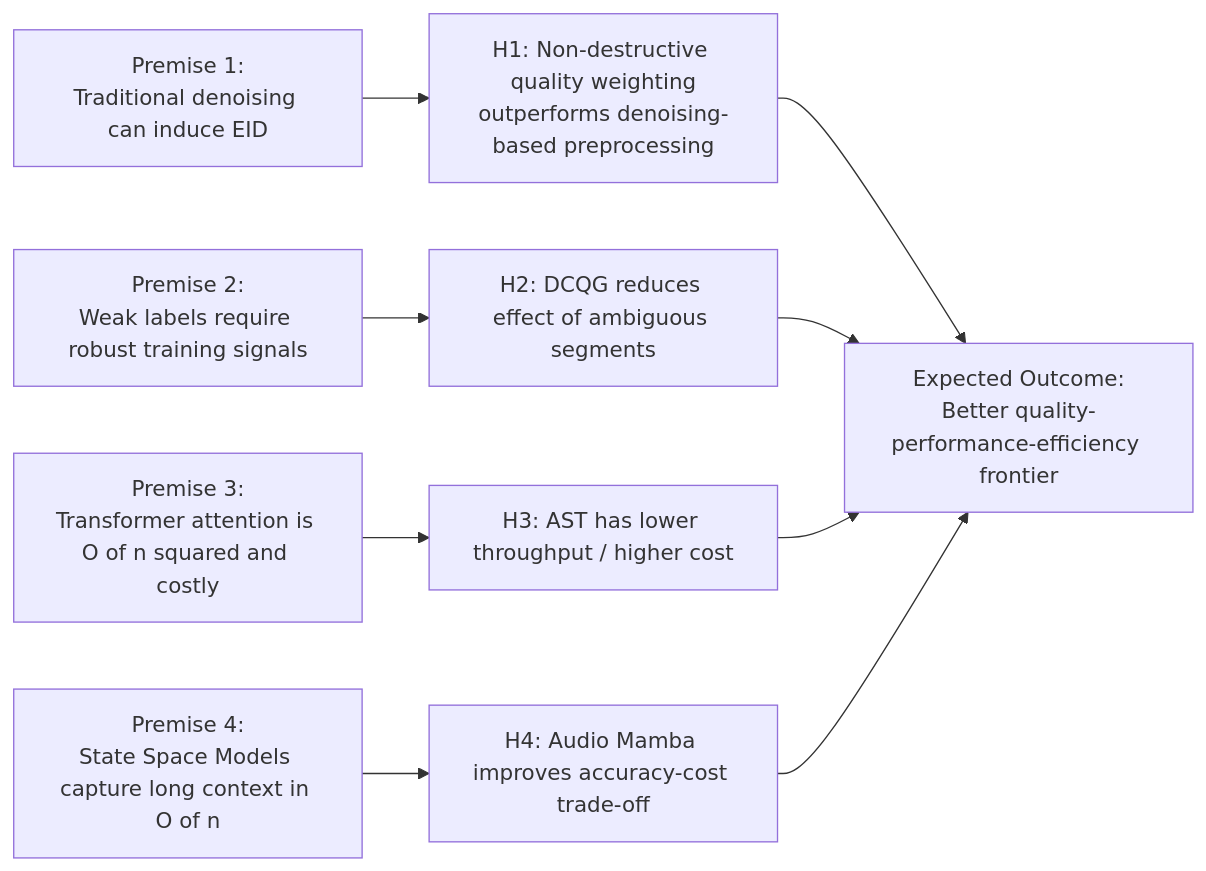
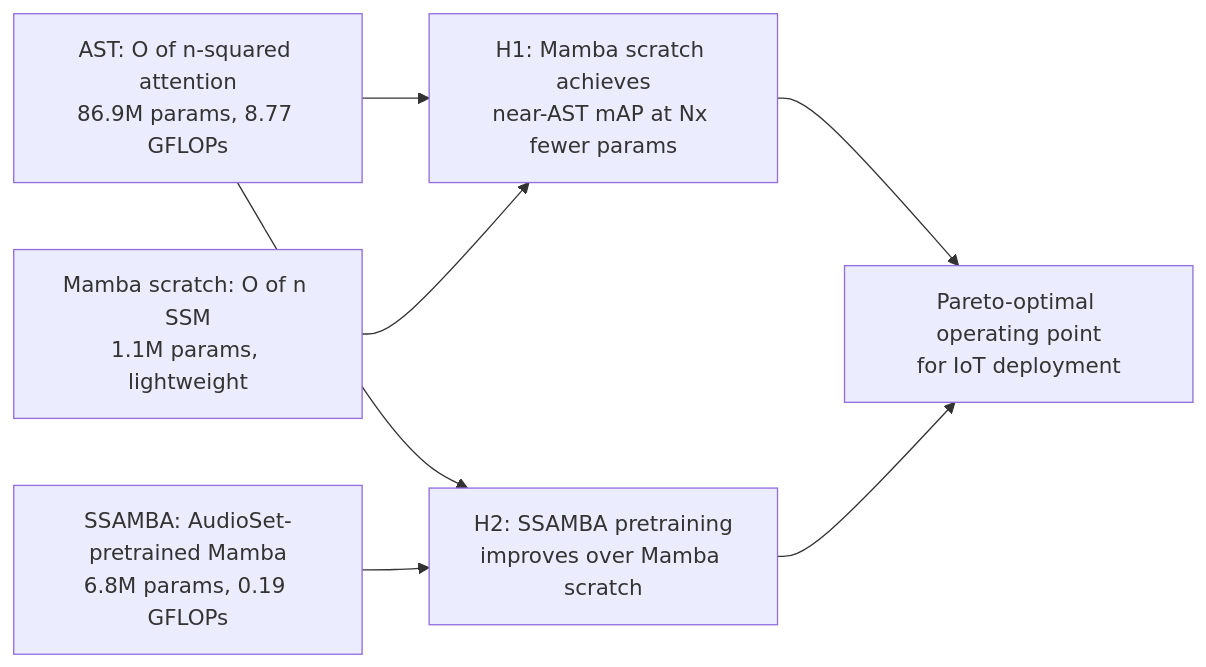
One commit to andremsouza/ssm-bioaed-iot changed the third of 6 diagrams in README.md. Above: the diagram before and after it, drawn with Mermaid. The commit also changed other lines of this file and 47 other files, not shown here.

````diff
--- a/README.md
+++ b/README.md
@@ -135,17 +64,13 @@
 ```mermaid
 flowchart LR
-  P1[Premise 1:<br/>Traditional denoising can induce EID]
-  P2[Premise 2:<br/>Weak labels require robust training signals]
-  P3[Premise 3:<br/>Transformer attention is O of n squared and costly]
-  P4[Premise 4:<br/>State Space Models capture long context in O of n]
+  P1[AST: O of n-squared attention</br>86.9M params, 8.77 GFLOPs]
+  P2[Mamba scratch: O of n SSM</br>1.1M params, lightweight]
+  P3[SSAMBA: AudioSet-pretrained Mamba</br>6.8M params, 0.19 GFLOPs]
 
-  P1 --> H1[H1: Non-destructive quality weighting<br/>outperforms denoising-based preprocessing]
-  P2 --> H2[H2: DCQG reduces effect of ambiguous segments]
-  P3 --> H3[H3: AST has lower throughput / higher cost]
-  P4 --> H4[H4: Audio Mamba improves accuracy-cost trade-off]
-
-  H1 --> O[Expected Outcome:\nBetter quality-performance-efficiency frontier]
+  P1 --> H1[H1: Mamba scratch achieves</br>near-AST mAP at Nx fewer params]
+  P2 --> H1
+  P1 --> H2[H2: SSAMBA pretraining</br>improves over Mamba scratch]
+  P3 --> H2
+  H1 --> O[Pareto-optimal operating point</br>for IoT deployment]
   H2 --> O
-  H3 --> O
-  H4 --> O
 ```
````
